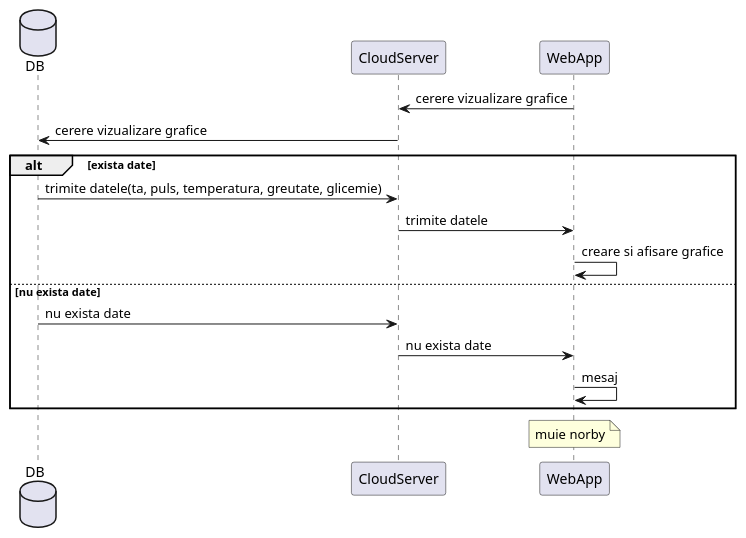
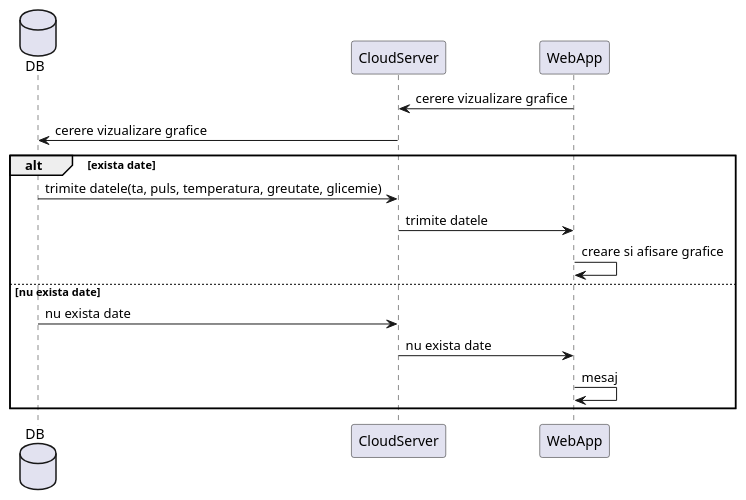
The diagram in Sequence_DG/WebApp/vizualizare_date_pacinet.plantuml (BVasi/ProiectIP), drawn with PlantUML before and after one commit. The commit also changed 1 other file, not shown here.

```diff
--- a/Sequence_DG/WebApp/vizualizare_date_pacinet.plantuml
+++ b/Sequence_DG/WebApp/vizualizare_date_pacinet.plantuml
@@ -1,21 +1,18 @@
 @startuml vizualizare_date_pacient
 
 database DB
 participant CloudServer
 participant WebApp
 
 WebApp -> CloudServer: cerere vizualizare grafice
 CloudServer -> DB: cerere vizualizare grafice
 alt exista date
     DB -> CloudServer: trimite datele(ta, puls, temperatura, greutate, glicemie)
     CloudServer -> WebApp: trimite datele
     WebApp -> WebApp: creare si afisare grafice
 else nu exista date
     DB -> CloudServer: nu exista date
     CloudServer -> WebApp: nu exista date
     WebApp -> WebApp: mesaj
 end
-note over WebApp
-    muie norby
-end note
 @enduml
```
